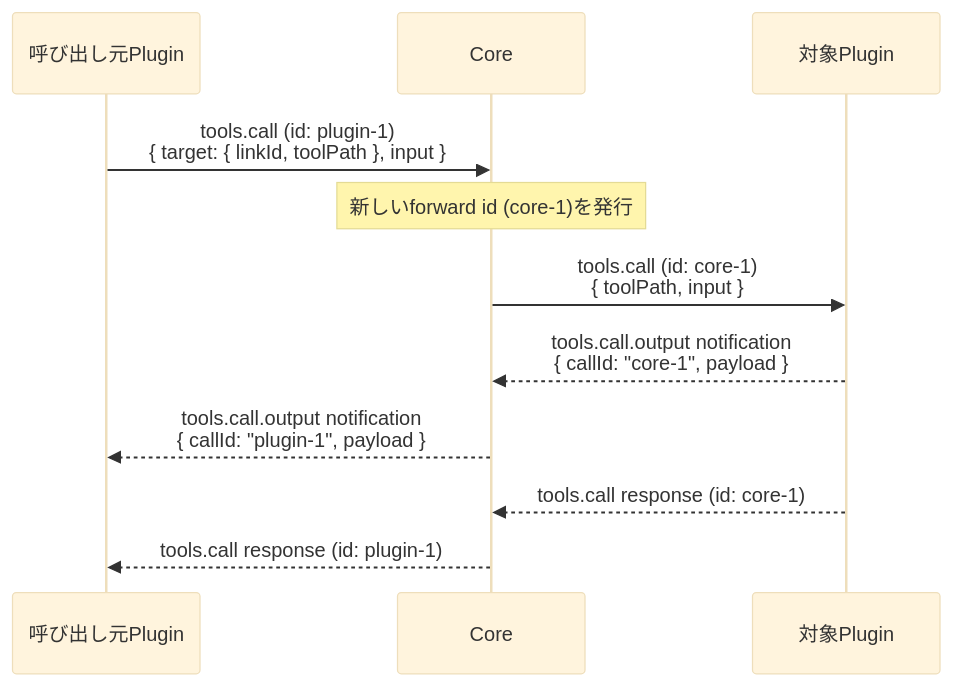
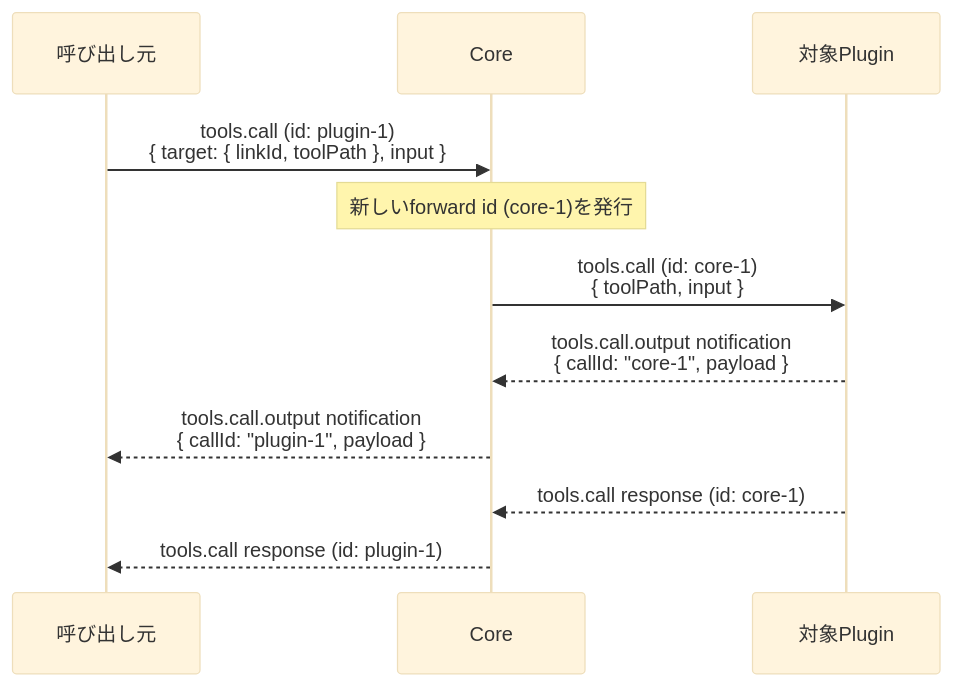
Before and after one commit to naatin777/plugumi: the first of 2 diagrams in docs/contracts/00003-tool-call.md, drawn with Mermaid (base theme). The commit also changed other lines of this file and 14 other files, not shown here.

````diff
--- a/docs/contracts/00003-tool-call.md
+++ b/docs/contracts/00003-tool-call.md
@@ -53,14 +55,14 @@
 ```mermaid
 sequenceDiagram
-    participant Caller as 呼び出し元Plugin
+    participant Caller as 呼び出し元
     participant Core
     participant Target as 対象Plugin
 
     Caller->>Core: tools.call (id: plugin-1)<br/>{ target: { linkId, toolPath }, input }
     Note over Core: 新しいforward id (core-1)を発行
     Core->>Target: tools.call (id: core-1)<br/>{ toolPath, input }
     Target-->>Core: tools.call.output notification<br/>{ callId: "core-1", payload }
     Core-->>Caller: tools.call.output notification<br/>{ callId: "plugin-1", payload }
     Target-->>Core: tools.call response (id: core-1)
     Core-->>Caller: tools.call response (id: plugin-1)
 ```
````
